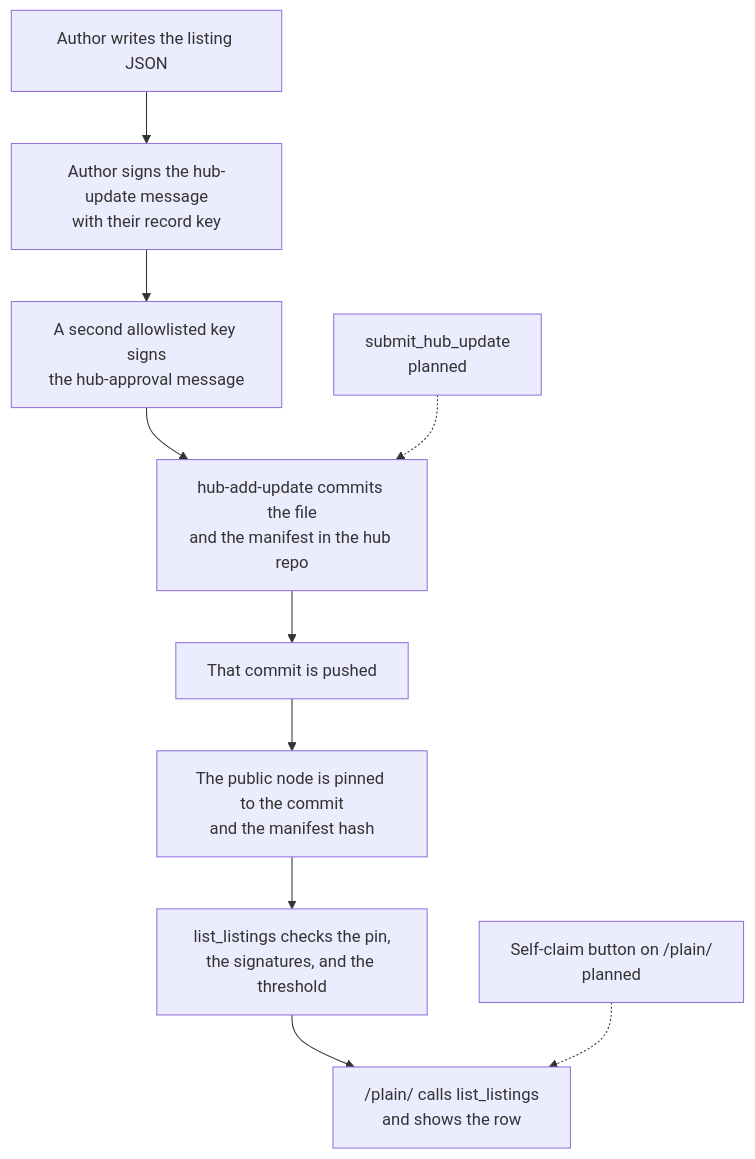
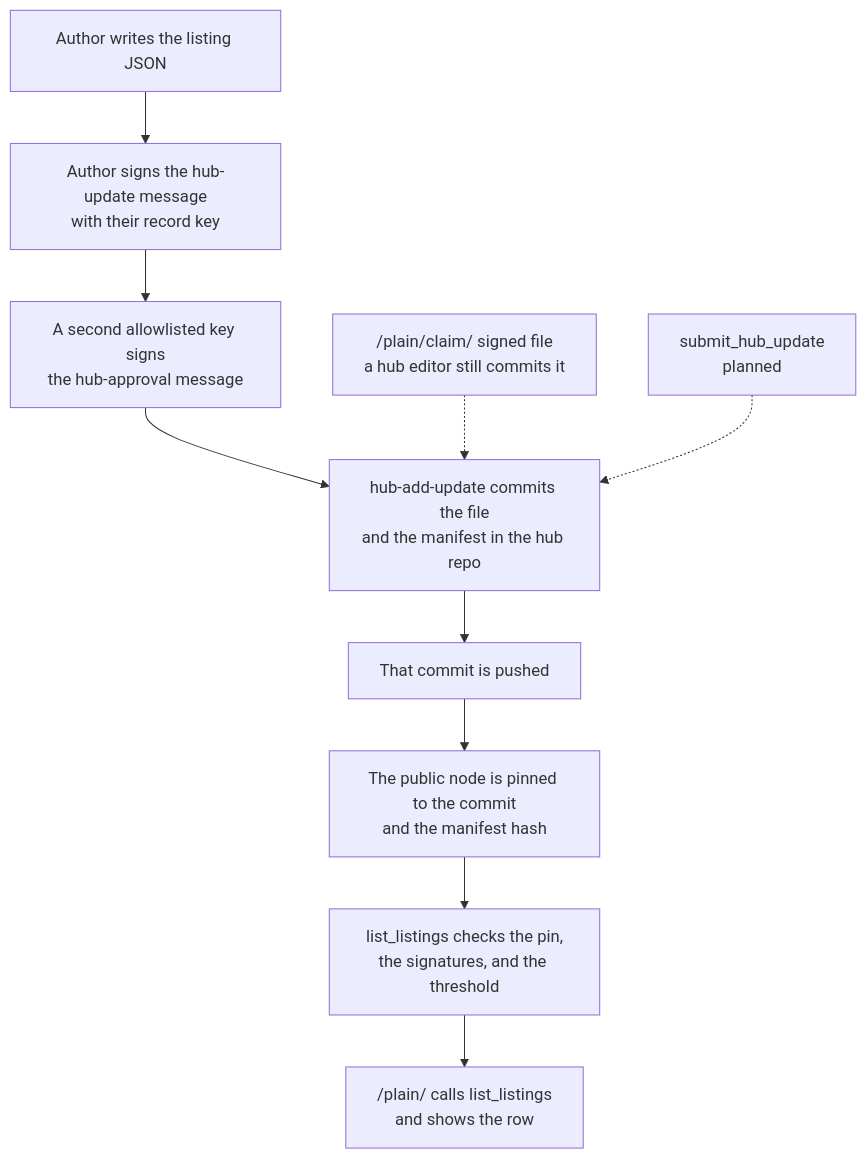
The second of 2 diagrams in docs/spec.md (PhoenixClaw01/sa-ecosystem-node), drawn with Mermaid before and after one commit. The commit also changed other lines of this file and 19 other files, not shown here.

````diff
--- a/docs/spec.md
+++ b/docs/spec.md
@@ -128,12 +128,12 @@
 ```mermaid
 flowchart TD
   A[Author writes the listing JSON] --> B[Author signs the hub-update message<br/>with their record key]
   B --> C[A second allowlisted key signs<br/>the hub-approval message]
   C --> D[hub-add-update commits the file<br/>and the manifest in the hub repo]
   D --> E[That commit is pushed]
   E --> F[The public node is pinned to the commit<br/>and the manifest hash]
   F --> G[list_listings checks the pin,<br/>the signatures, and the threshold]
   G --> H["/plain/ calls list_listings<br/>and shows the row"]
-  X[Self-claim button on /plain/<br/>planned] -.-> H
+  X["/plain/claim/ signed file<br/>a hub editor still commits it"] -.-> D
   Y[submit_hub_update<br/>planned] -.-> D
 ```
````
